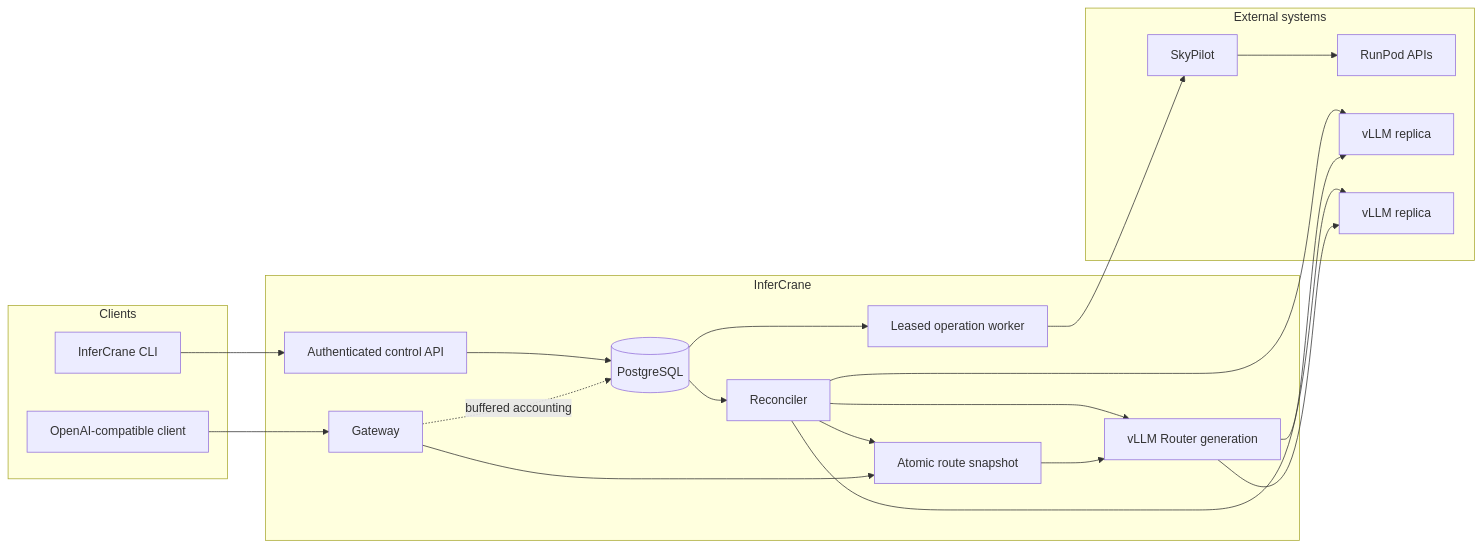
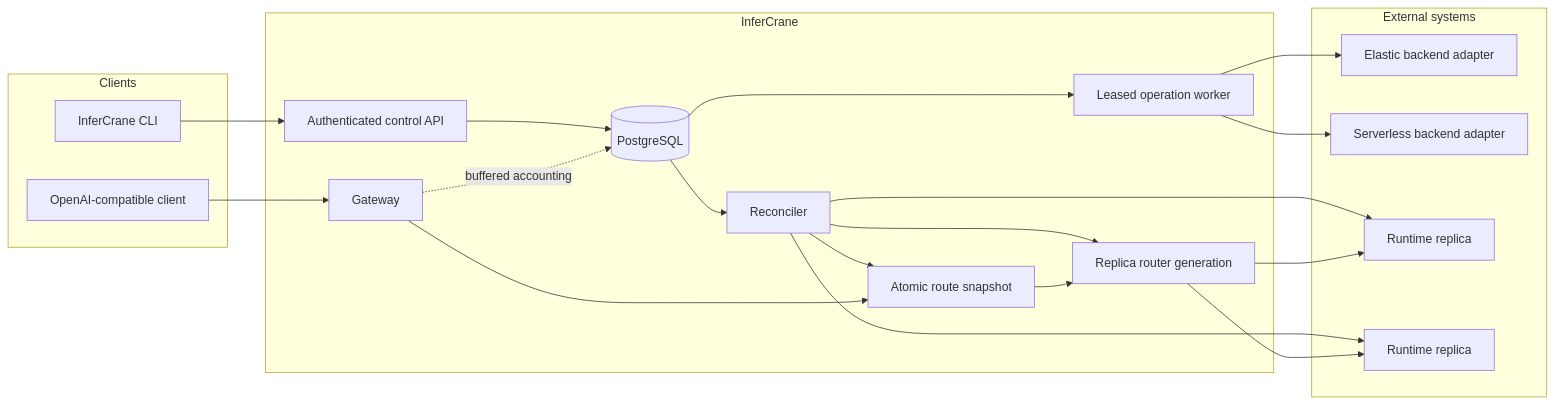
The diagram in docs/architecture/system.mdx (infercrane/infercrane), drawn with Mermaid before and after one commit. The commit also changed other lines of this file and 28 other files, not shown here.

````diff
--- a/docs/architecture/system.mdx
+++ b/docs/architecture/system.mdx
@@ -12,37 +12,38 @@
 ```mermaid
 flowchart LR
   subgraph clients[Clients]
     CLI[InferCrane CLI]
     SDK[OpenAI-compatible client]
   end
 
   subgraph infercrane[InferCrane]
     API[Authenticated control API]
     OPS[Leased operation worker]
     DB[(PostgreSQL)]
     REC[Reconciler]
     SNAP[Atomic route snapshot]
     GW[Gateway]
-    ROUTER[vLLM Router generation]
+    ROUTER[Replica router generation]
   end
 
   subgraph external[External systems]
-    SKY[SkyPilot]
-    RP[RunPod APIs]
-    V1[vLLM replica]
-    V2[vLLM replica]
+    ELASTIC[Elastic backend adapter]
+    NATIVE[Serverless backend adapter]
+    V1[Runtime replica]
+    V2[Runtime replica]
   end
 
   CLI --> API --> DB
   DB --> OPS
-  OPS --> SKY --> RP
+  OPS --> ELASTIC
+  OPS --> NATIVE
   DB --> REC
   REC --> V1
   REC --> V2
   REC --> ROUTER
   REC --> SNAP
   SDK --> GW --> SNAP --> ROUTER
   ROUTER --> V1
   ROUTER --> V2
   GW -. buffered accounting .-> DB
 ```
````
